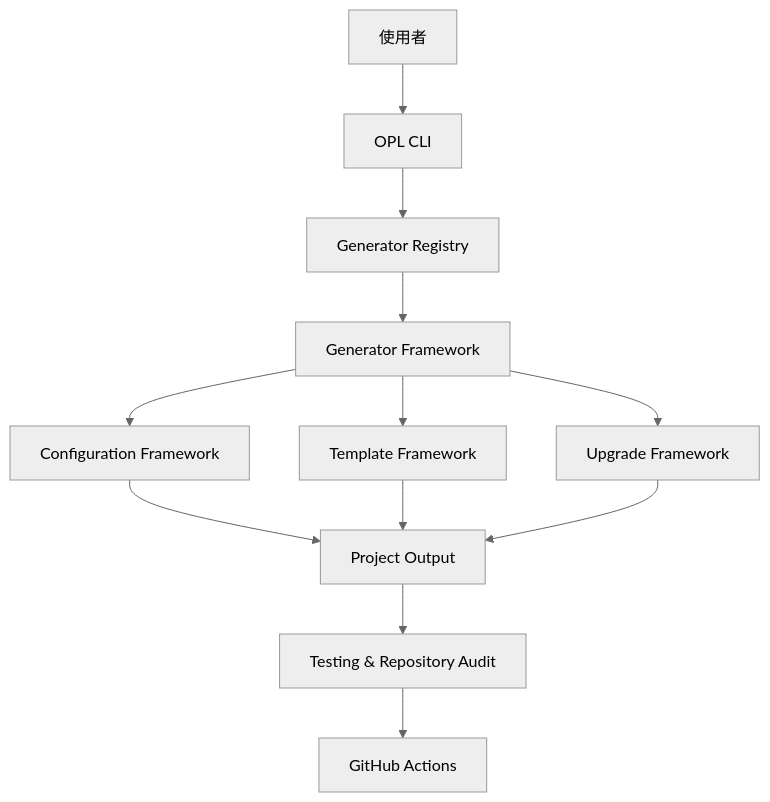
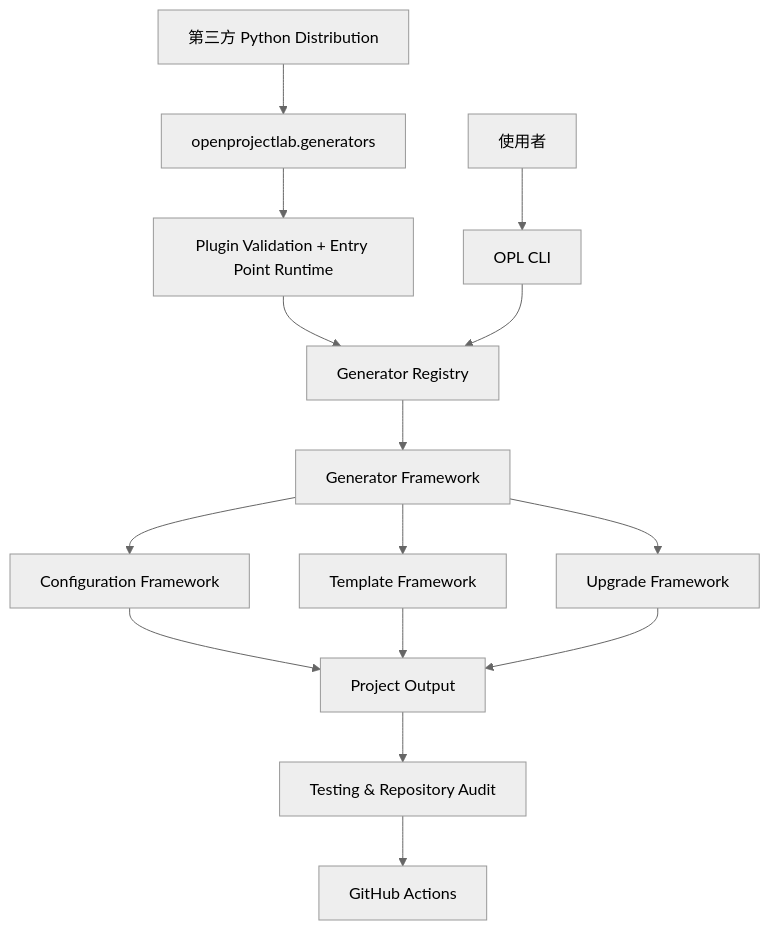
One commit to khwang1964/OpenProjectLab changed the diagram in README.md. Above: the diagram before and after it, drawn with Mermaid (neutral theme). The commit also changed other lines of this file and 6 other files, not shown here.

````diff
--- a/README.md
+++ b/README.md
@@ -96,17 +119,17 @@
 ```mermaid
 flowchart TB
     USER["使用者"] --> CLI["OPL CLI"]
-    CLI --> REGISTRY["Generator Registry"]
+    DIST["第三方 Python Distribution"] --> ENTRY["openprojectlab.generators"]
+    ENTRY --> PLUGIN["Plugin Validation + Entry Point Runtime"]
+    PLUGIN --> REGISTRY["Generator Registry"]
+    CLI --> REGISTRY
     REGISTRY --> GENERATOR["Generator Framework"]
-
     GENERATOR --> CONFIG["Configuration Framework"]
     GENERATOR --> TEMPLATE["Template Framework"]
     GENERATOR --> UPGRADE["Upgrade Framework"]
-
     CONFIG --> OUTPUT["Project Output"]
     TEMPLATE --> OUTPUT
     UPGRADE --> OUTPUT
-
     OUTPUT --> TEST["Testing & Repository Audit"]
     TEST --> CI["GitHub Actions"]
 ```
````
